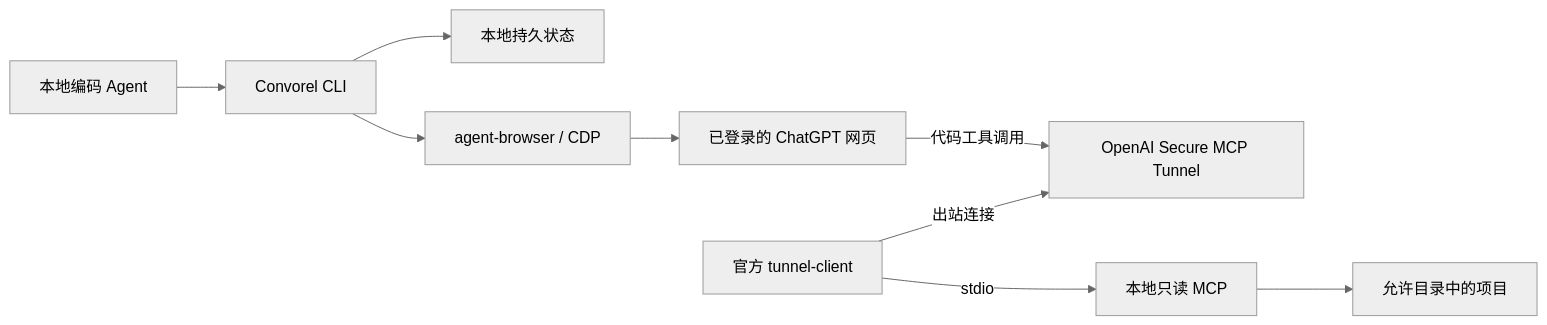
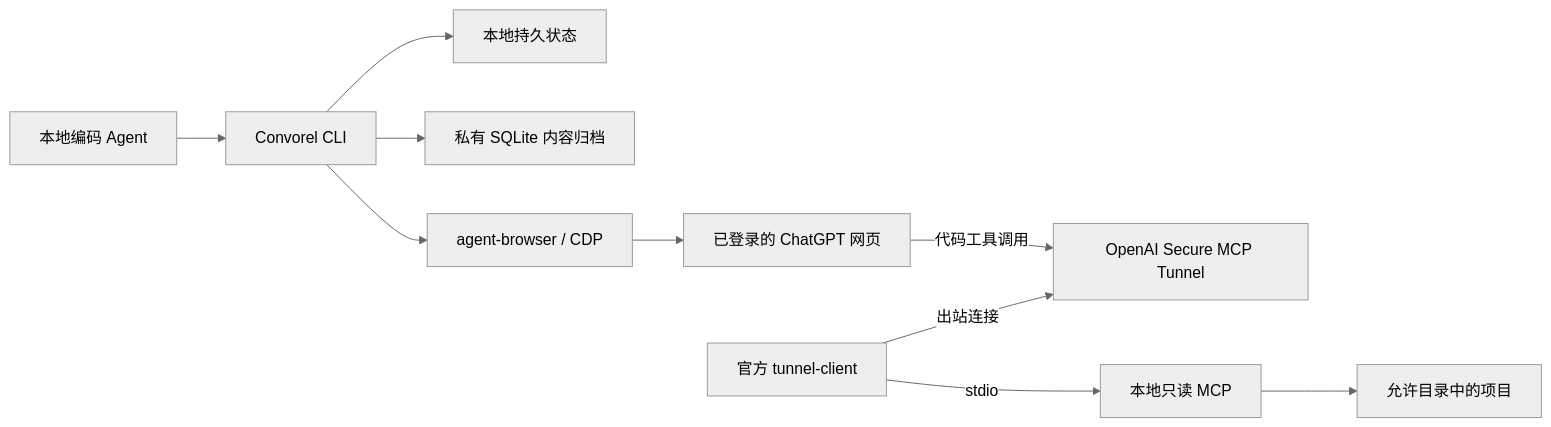
The diagram in docs/usage.md (MarioJames/convorel), drawn with Mermaid (neutral theme) before and after one commit. The commit also changed other lines of this file and 15 other files, not shown here.

````diff
--- a/docs/usage.md
+++ b/docs/usage.md
@@ -7,11 +7,12 @@
 ```mermaid
 flowchart LR
   Agent[本地编码 Agent] --> CLI[Convorel CLI]
   CLI --> State[本地持久状态]
+  CLI --> Archive[私有 SQLite 内容归档]
   CLI --> Browser[agent-browser / CDP]
   Browser --> ChatGPT[已登录的 ChatGPT 网页]
   ChatGPT -->|代码工具调用| Tunnel[OpenAI Secure MCP Tunnel]
   MCP[本地只读 MCP] --> Repo[允许目录中的项目]
   Client[官方 tunnel-client] -->|出站连接| Tunnel
   Client -->|stdio| MCP
 ```
````
